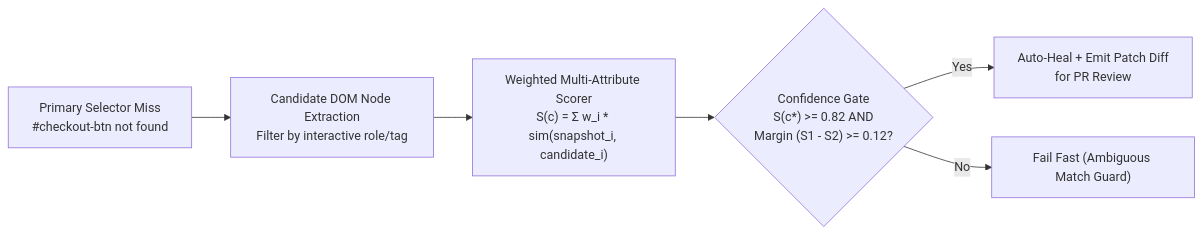
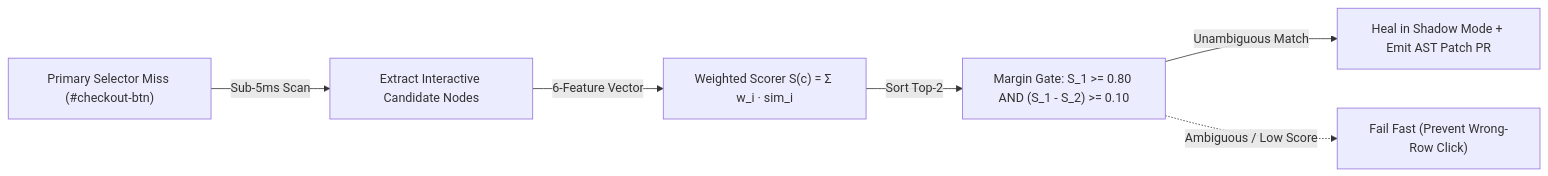
One commit to manjunathk833/codingforinterviews changed the diagram in knowledgebase/ai-engineering/02-self-healing-ast-and-dom-confidence.md. Above: the diagram before and after it, drawn with Mermaid. The commit also changed other lines of this file and 101 other files, not shown here.

````diff
--- a/knowledgebase/ai-engineering/02-self-healing-ast-and-dom-confidence.md
+++ b/knowledgebase/ai-engineering/02-self-healing-ast-and-dom-confidence.md
@@ -33,8 +76,8 @@
 ```mermaid
 flowchart LR
-  Miss["Primary Selector Miss\n#checkout-btn not found"] --> Scan["Candidate DOM Node Extraction\nFilter by interactive role/tag"]
-  Scan --> Score["Weighted Multi-Attribute Scorer\nS(c) = Σ w_i * sim(snapshot_i, candidate_i)"]
-  Score --> Gate{"Confidence Gate\nS(c*) >= 0.82 AND\nMargin (S1 - S2) >= 0.12?"}
-  Gate -->|Yes| Heal["Auto-Heal + Emit Patch Diff\nfor PR Review"]
-  Gate -->|No| Fail["Fail Fast (Ambiguous Match Guard)"]
+  Miss["Primary Selector Miss (#checkout-btn)"] -->|Sub-5ms Scan| Scan["Extract Interactive Candidate Nodes"]
+  Scan -->|6-Feature Vector| Score["Weighted Scorer S(c) = Σ w_i · sim_i"]
+  Score -->|Sort Top-2| Gate["Margin Gate: S_1 >= 0.80 AND (S_1 - S_2) >= 0.10"]
+  Gate -->|Unambiguous Match| Heal["Heal in Shadow Mode + Emit AST Patch PR"]
+  Gate -.->|Ambiguous / Low Score| Fail["Fail Fast (Prevent Wrong-Row Click)"]
 ```
````
